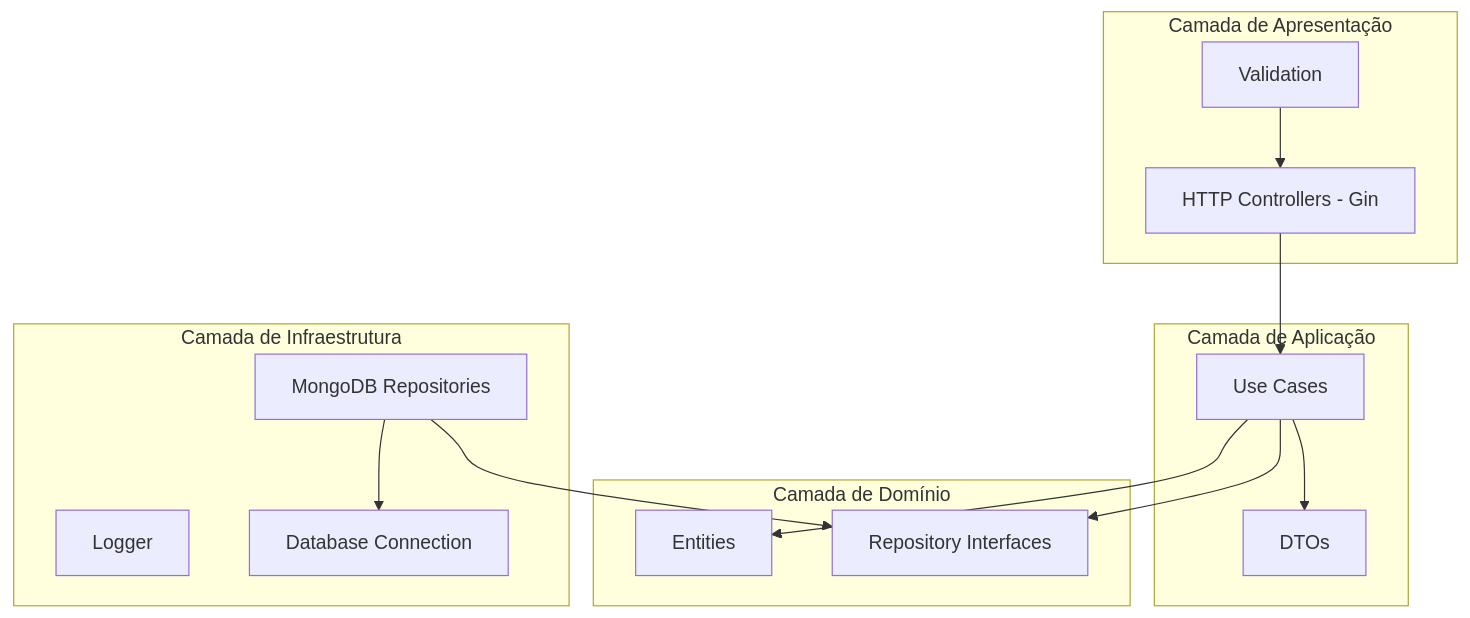
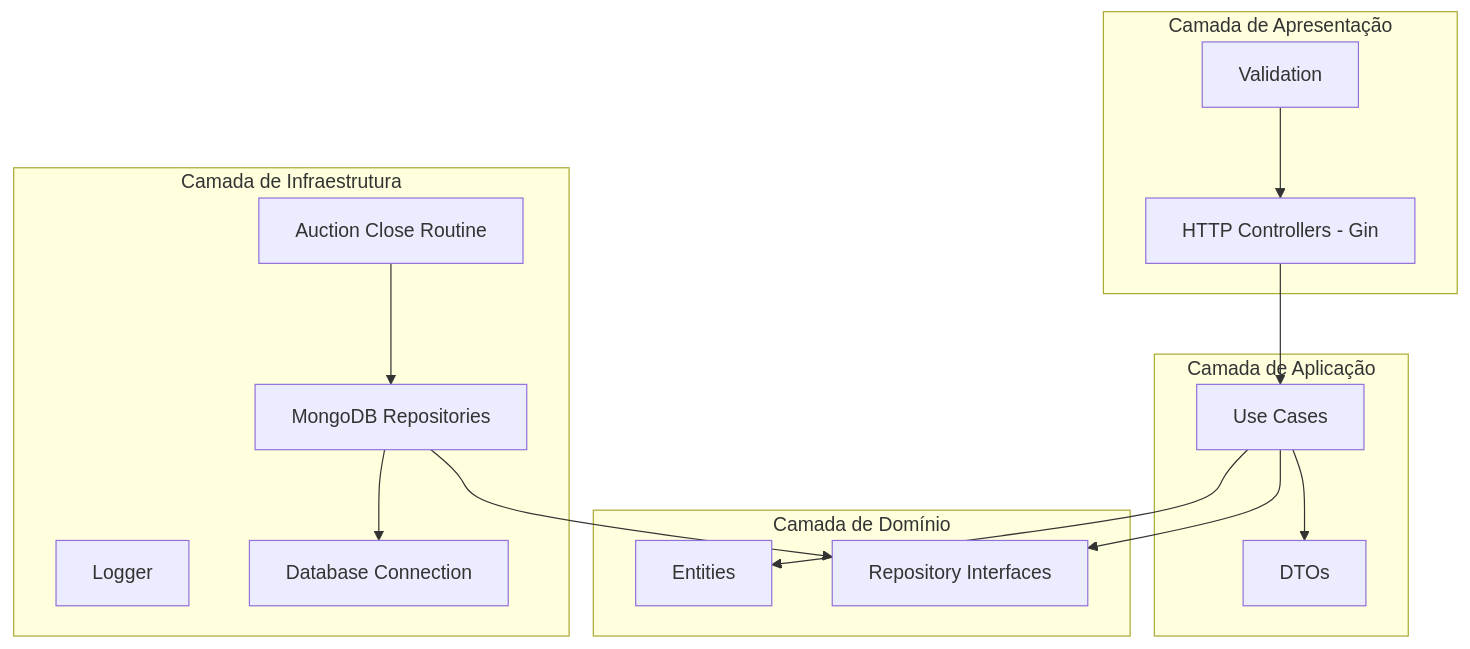
Before and after one commit to markuscandido/go-expert-desafio-concorrencia-com-golang-leilao: the first of 2 diagrams in doc/ARCHITECTURE.md, drawn with Mermaid. The commit also changed other lines of this file and 7 other files, not shown here.

````diff
--- a/doc/ARCHITECTURE.md
+++ b/doc/ARCHITECTURE.md
@@ -9,31 +9,33 @@
 ```mermaid
 graph TB
     subgraph "Camada de Apresentação"
         A[HTTP Controllers - Gin]
         B[Validation]
     end
 
     subgraph "Camada de Aplicação"
         C[Use Cases]
         D[DTOs]
     end
 
     subgraph "Camada de Domínio"
         E[Entities]
         F[Repository Interfaces]
     end
 
     subgraph "Camada de Infraestrutura"
         G[MongoDB Repositories]
         H[Logger]
         I[Database Connection]
+        J[Auction Close Routine]
     end
 
     A --> C
     B --> A
     C --> E
     C --> F
     G --> F
     G --> I
     C --> D
+    J --> G
 ```
````
